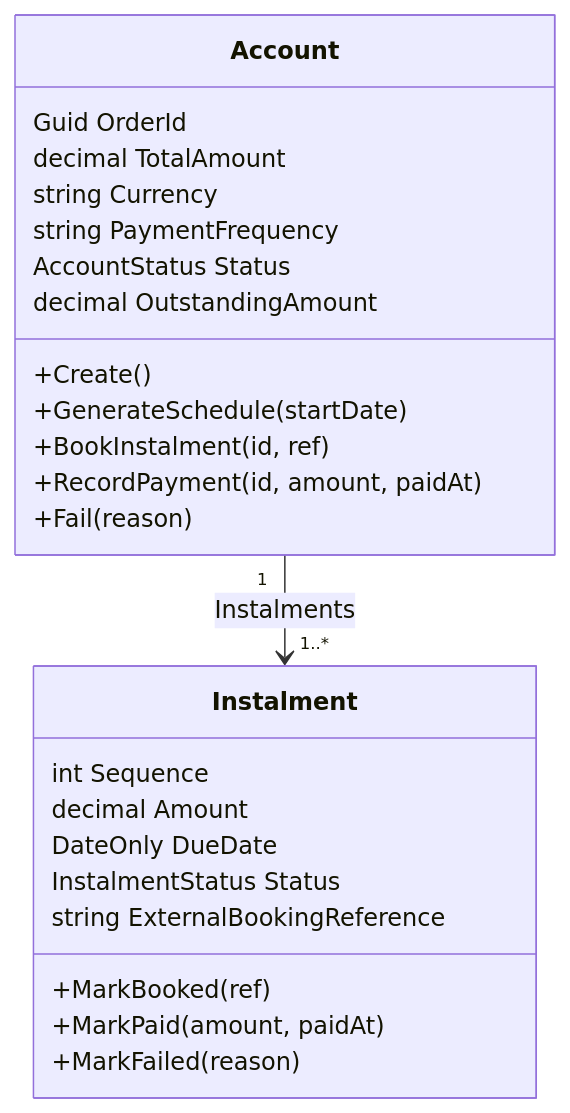
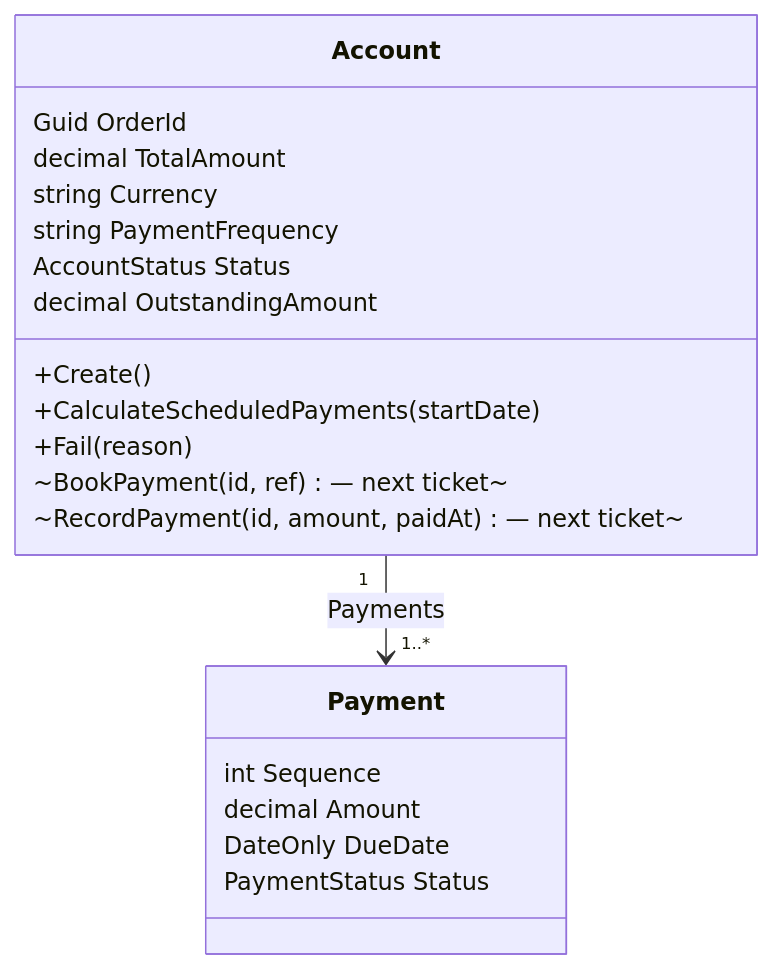
Before and after one commit to mnnam1302/EShop: the fourth of 4 diagrams in Finance/src/EShop.Finance.API/README.md, drawn with Mermaid. The commit also changed other lines of this file and 11 other files, not shown here.

Commit message:
feat(finance): implement publish OrderPaymentScheduled and OrderPaymentScheduleFailed after creating account

````diff
--- a/Finance/src/EShop.Finance.API/README.md
+++ b/Finance/src/EShop.Finance.API/README.md
@@ -118,27 +106,23 @@
 ```mermaid
 classDiagram
     class Account {
         Guid OrderId
         decimal TotalAmount
         string Currency
         string PaymentFrequency
         AccountStatus Status
         decimal OutstandingAmount
         +Create()
-        +GenerateSchedule(startDate)
-        +BookInstalment(id, ref)
-        +RecordPayment(id, amount, paidAt)
+        +CalculateScheduledPayments(startDate)
         +Fail(reason)
+        ~BookPayment(id, ref) — next ticket~
+        ~RecordPayment(id, amount, paidAt) — next ticket~
     }
-    class Instalment {
+    class Payment {
         int Sequence
         decimal Amount
         DateOnly DueDate
-        InstalmentStatus Status
-        string ExternalBookingReference
-        +MarkBooked(ref)
-        +MarkPaid(amount, paidAt)
-        +MarkFailed(reason)
+        PaymentStatus Status
     }
-    Account "1" --> "1..*" Instalment : Instalments
+    Account "1" --> "1..*" Payment : Payments
 ```
````
